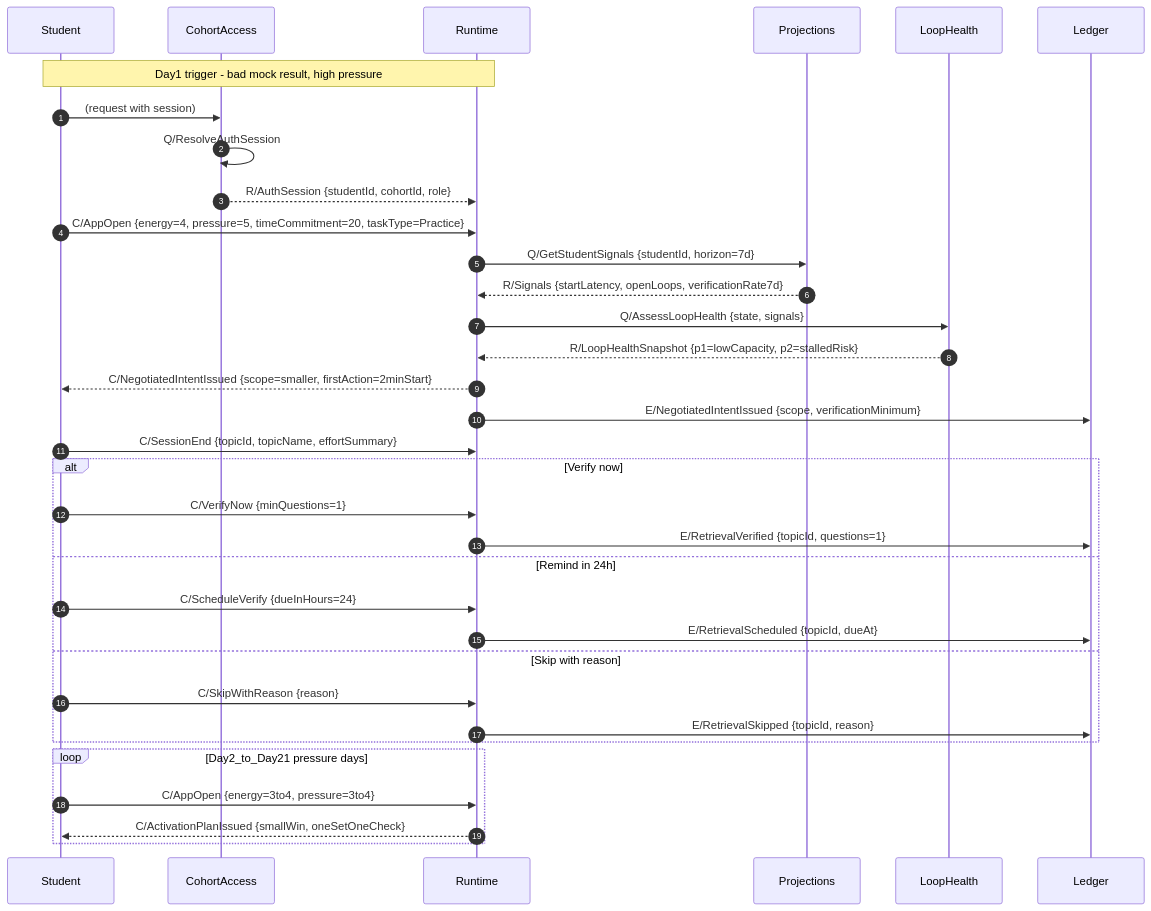
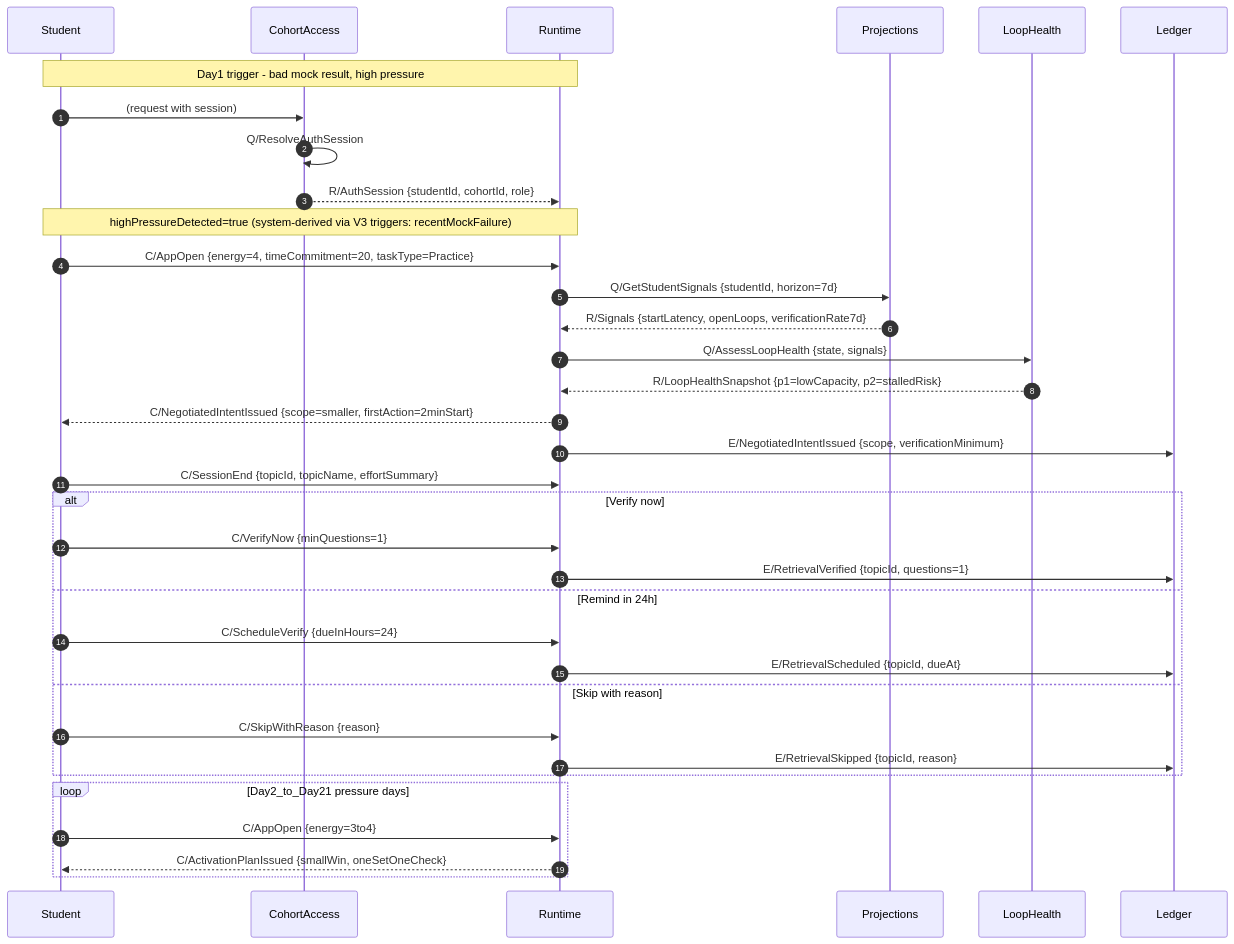
One commit to Mukul1312/ELI changed the second of 4 diagrams in docs/engineering-ddd-design/05-domain-message-flows-storyboards.md. Above: the diagram before and after it, drawn with Mermaid. The commit also changed other lines of this file and 47 other files, not shown here.

````diff
--- a/docs/engineering-ddd-design/05-domain-message-flows-storyboards.md
+++ b/docs/engineering-ddd-design/05-domain-message-flows-storyboards.md
@@ -91,39 +91,40 @@
 ```mermaid
 sequenceDiagram
     autonumber
     participant Student
     participant CohortAccess
     participant Runtime
     participant Projections
     participant LoopHealth
     participant Ledger
 
     Note over Student,Runtime: Day1 trigger - bad mock result, high pressure
     Student->>CohortAccess: (request with session)
     CohortAccess->>CohortAccess: Q/ResolveAuthSession
     CohortAccess-->>Runtime: R/AuthSession {studentId, cohortId, role}
-    Student->>Runtime: C/AppOpen {energy=4, pressure=5, timeCommitment=20, taskType=Practice}
+    Note over Student,Runtime: highPressureDetected=true (system-derived via V3 triggers: recentMockFailure)
+    Student->>Runtime: C/AppOpen {energy=4, timeCommitment=20, taskType=Practice}
     Runtime->>Projections: Q/GetStudentSignals {studentId, horizon=7d}
     Projections-->>Runtime: R/Signals {startLatency, openLoops, verificationRate7d}
     Runtime->>LoopHealth: Q/AssessLoopHealth {state, signals}
     LoopHealth-->>Runtime: R/LoopHealthSnapshot {p1=lowCapacity, p2=stalledRisk}
     Runtime-->>Student: C/NegotiatedIntentIssued {scope=smaller, firstAction=2minStart}
     Runtime->>Ledger: E/NegotiatedIntentIssued {scope, verificationMinimum}
 
     Student->>Runtime: C/SessionEnd {topicId, topicName, effortSummary}
     alt Verify now
         Student->>Runtime: C/VerifyNow {minQuestions=1}
         Runtime->>Ledger: E/RetrievalVerified {topicId, questions=1}
     else Remind in 24h
         Student->>Runtime: C/ScheduleVerify {dueInHours=24}
         Runtime->>Ledger: E/RetrievalScheduled {topicId, dueAt}
     else Skip with reason
         Student->>Runtime: C/SkipWithReason {reason}
         Runtime->>Ledger: E/RetrievalSkipped {topicId, reason}
     end
 
     loop Day2_to_Day21 pressure days
-        Student->>Runtime: C/AppOpen {energy=3to4, pressure=3to4}
+        Student->>Runtime: C/AppOpen {energy=3to4}
         Runtime-->>Student: C/ActivationPlanIssued {smallWin, oneSetOneCheck}
     end
 ```
````
